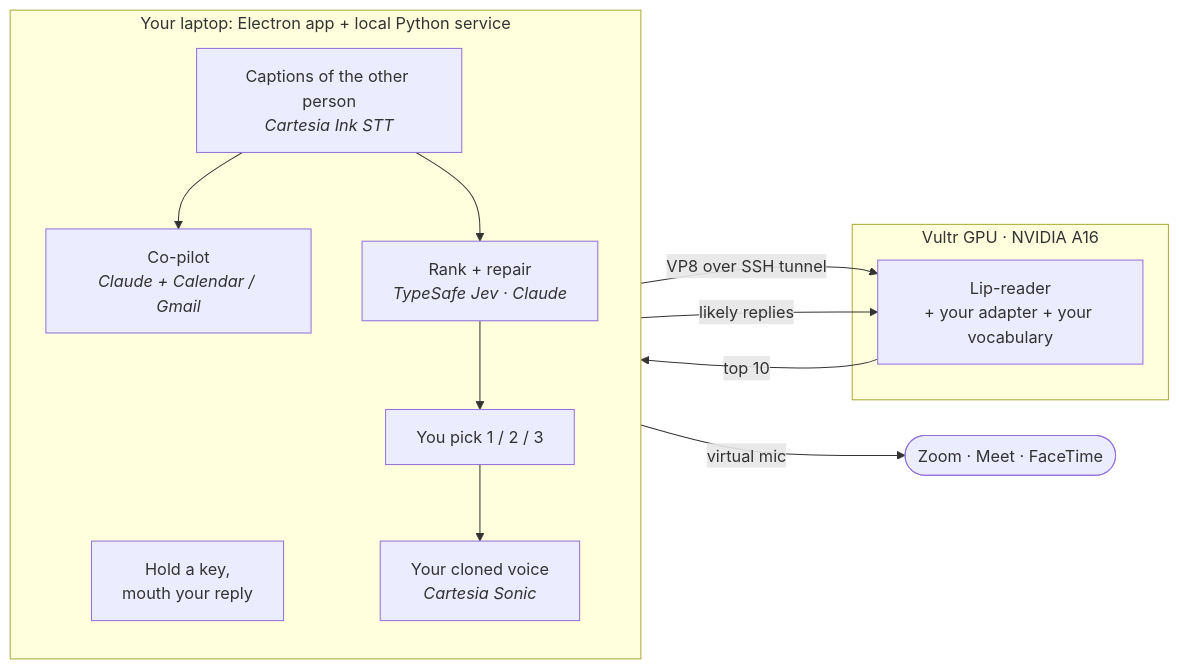
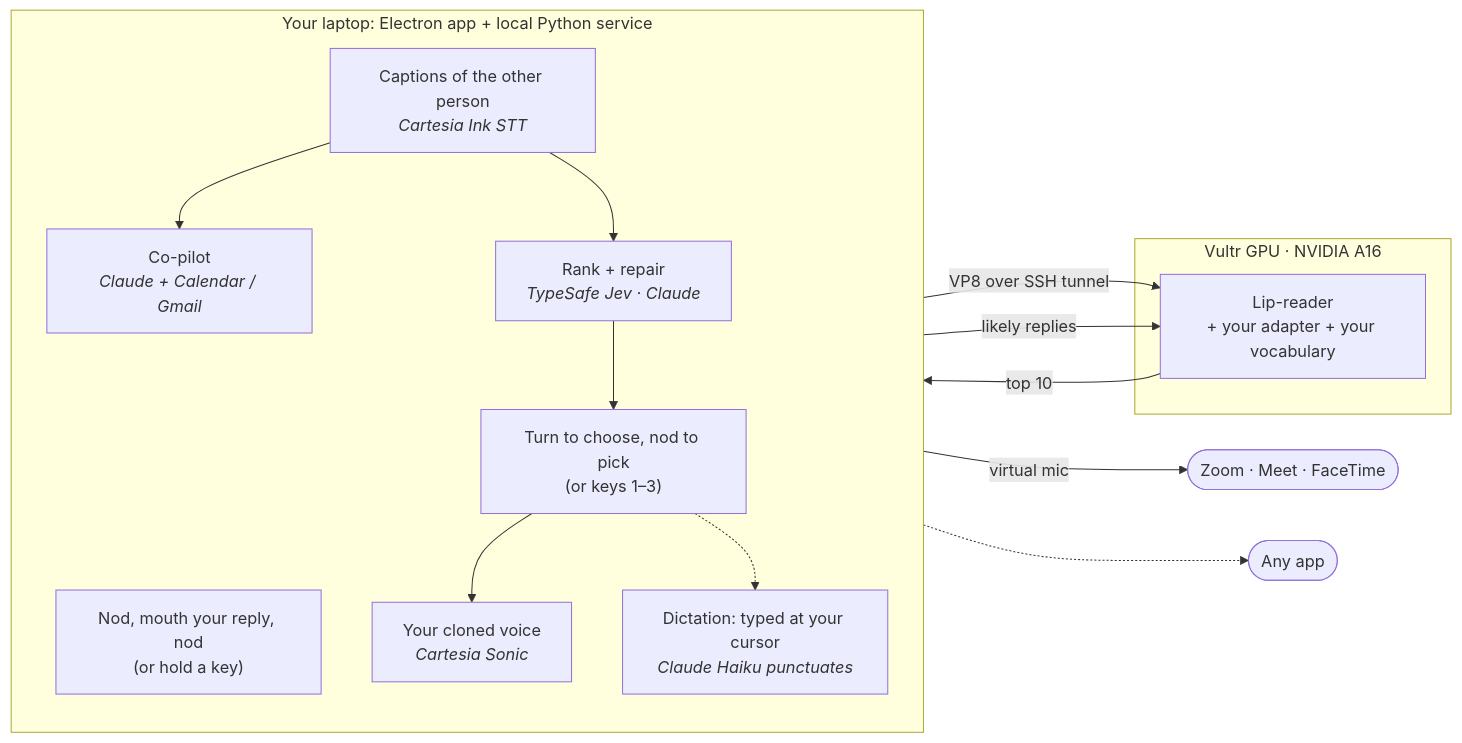
Before and after one commit to rahulb0802/silent-calls: the third of 3 diagrams in README.md, drawn with Mermaid. The commit also changed other lines of this file, not shown here.

First line of the commit message:
README: hands-free, dictation, camera coach, corrections; full setup guide

````diff
--- a/README.md
+++ b/README.md
@@ -110,24 +126,27 @@
 ```mermaid
 flowchart LR
     subgraph GPU["Vultr GPU · NVIDIA A16"]
         LIP["Lip-reader<br/>+ your adapter + your vocabulary"]
     end
 
     subgraph LAPTOP["Your laptop: Electron app + local Python service"]
         direction TB
-        CAM["Hold a key,<br/>mouth your reply"]
+        CAM["Nod, mouth your reply, nod<br/>(or hold a key)"]
         CAP["Captions of the other person<br/><i>Cartesia Ink STT</i>"]
         COP["Co-pilot<br/><i>Claude + Calendar / Gmail</i>"]
         DEC["Rank + repair<br/><i>TypeSafe Jev · Claude</i>"]
-        PICK["You pick 1 / 2 / 3"]
+        PICK["Turn to choose, nod to pick<br/>(or keys 1–3)"]
         TTS["Your cloned voice<br/><i>Cartesia Sonic</i>"]
+        TYPE["Dictation: typed at your cursor<br/><i>Claude Haiku punctuates</i>"]
     end
 
     CAM -- "VP8 over SSH tunnel" --> LIP
     CAP --> COP
     COP -- "likely replies" --> LIP
     LIP -- "top 10" --> DEC
     CAP --> DEC
     DEC --> PICK --> TTS
+    PICK -.-> TYPE
     TTS -- "virtual mic" --> CALL(["Zoom · Meet · FaceTime"])
+    TYPE -.-> APP(["Any app"])
 ```
````
